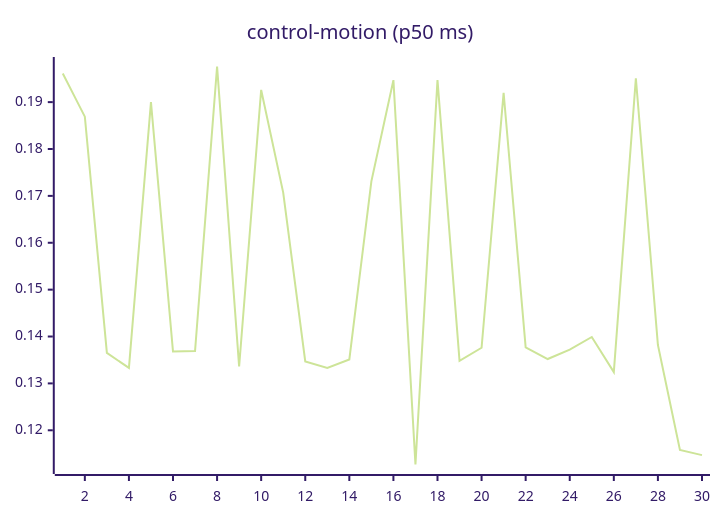
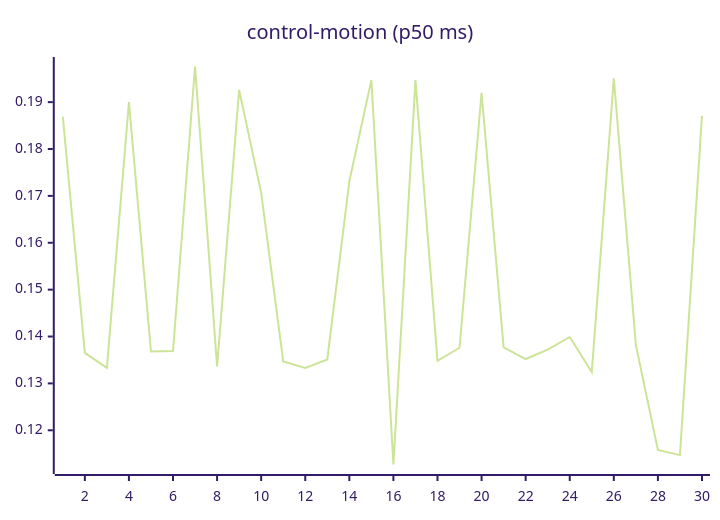
Before and after one commit to josha/Facet: the seventh of 27 diagrams in README.md, drawn with Mermaid (forest theme). The commit also changed other lines of this file and 2 other files, not shown here.

````diff
--- a/README.md
+++ b/README.md
@@ -105,6 +105,6 @@
 ```mermaid
 xychart-beta
     title "control-motion (p50 ms)"
     x-axis 1 --> 30
-    line [0.1961, 0.1869, 0.1365, 0.1333, 0.1900, 0.1368, 0.1369, 0.1976, 0.1336, 0.1926, 0.1707, 0.1347, 0.1333, 0.1351, 0.1731, 0.1947, 0.1127, 0.1947, 0.1348, 0.1376, 0.1920, 0.1377, 0.1352, 0.1372, 0.1399, 0.1324, 0.1951, 0.1382, 0.1158, 0.1147]
+    line [0.1869, 0.1365, 0.1333, 0.1900, 0.1368, 0.1369, 0.1976, 0.1336, 0.1926, 0.1707, 0.1347, 0.1333, 0.1351, 0.1731, 0.1947, 0.1127, 0.1947, 0.1348, 0.1376, 0.1920, 0.1377, 0.1352, 0.1372, 0.1399, 0.1324, 0.1951, 0.1382, 0.1158, 0.1147, 0.1871]
 ```
````
